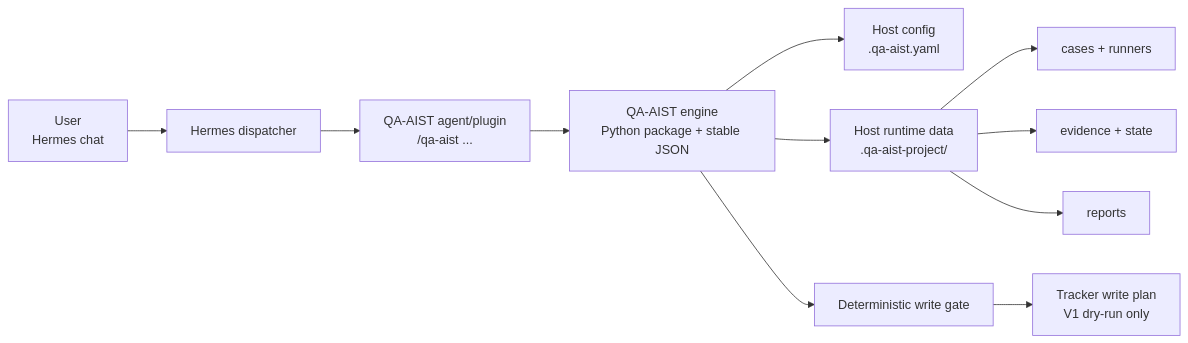
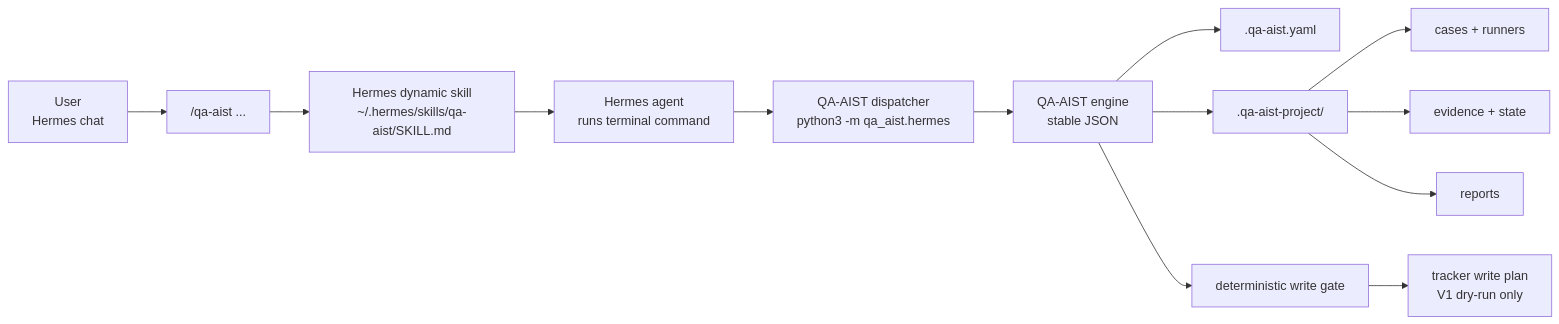
One commit to siriChiu/quality-assurance-AI-system-testing changed the first of 2 diagrams in README.md. Above: the diagram before and after it, drawn with Mermaid. The commit also changed other lines of this file and 3 other files, not shown here.

First line of the commit message:
Refactor Hermes Agent Installation Documentation and Update Skill Behavior

````diff
--- a/README.md
+++ b/README.md
@@ -31,13 +32,15 @@
 ```mermaid
 flowchart LR
-  user["User<br/>Hermes chat"] --> hermes["Hermes dispatcher"]
-  hermes --> agent["QA-AIST agent/plugin<br/>/qa-aist ..."]
-  agent --> engine["QA-AIST engine<br/>Python package + stable JSON"]
-  engine --> config["Host config<br/>.qa-aist.yaml"]
-  engine --> workspace["Host runtime data<br/>.qa-aist-project/"]
+  user["User<br/>Hermes chat"] --> slash["/qa-aist ..."]
+  slash --> skill["Hermes dynamic skill<br/>~/.hermes/skills/qa-aist/SKILL.md"]
+  skill --> agent["Hermes agent<br/>runs terminal command"]
+  agent --> dispatcher["QA-AIST dispatcher<br/>python3 -m qa_aist.hermes"]
+  dispatcher --> engine["QA-AIST engine<br/>stable JSON"]
+  engine --> config[".qa-aist.yaml"]
+  engine --> workspace[".qa-aist-project/"]
   workspace --> cases["cases + runners"]
   workspace --> evidence["evidence + state"]
   workspace --> reports["reports"]
-  engine --> gate["Deterministic write gate"]
-  gate --> plan["Tracker write plan<br/>V1 dry-run only"]
+  engine --> gate["deterministic write gate"]
+  gate --> plan["tracker write plan<br/>V1 dry-run only"]
 ```
````
